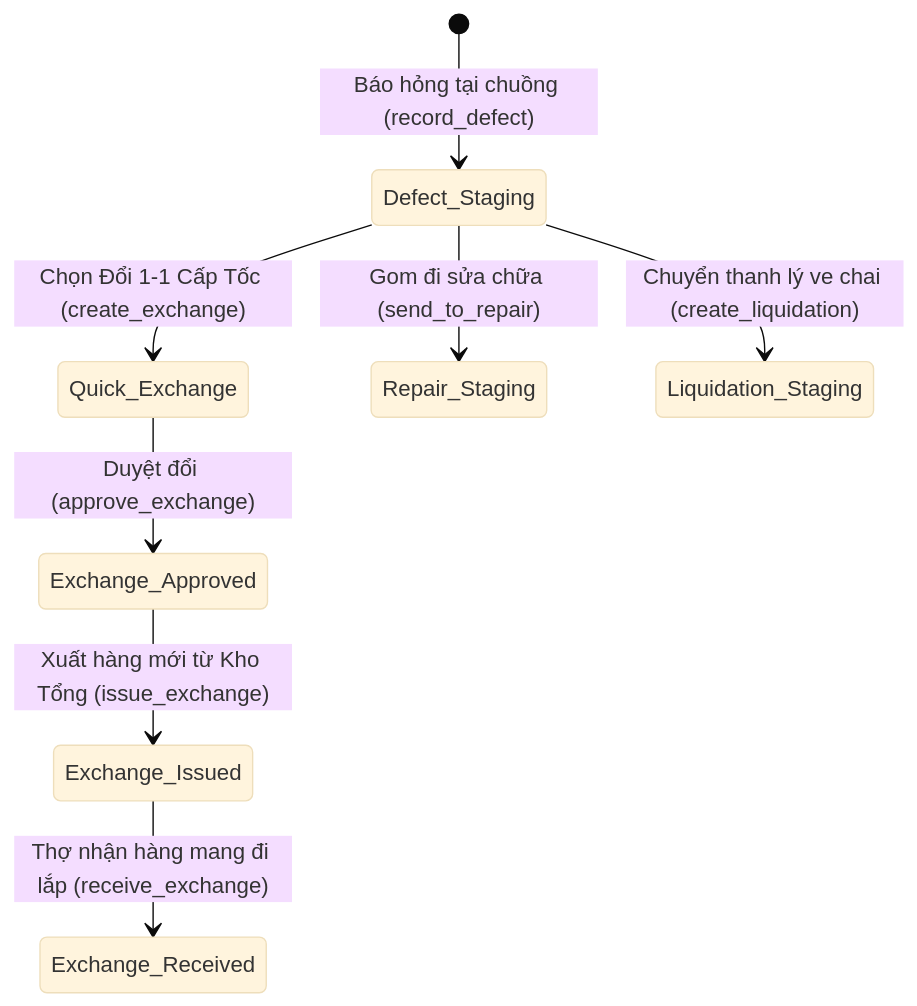
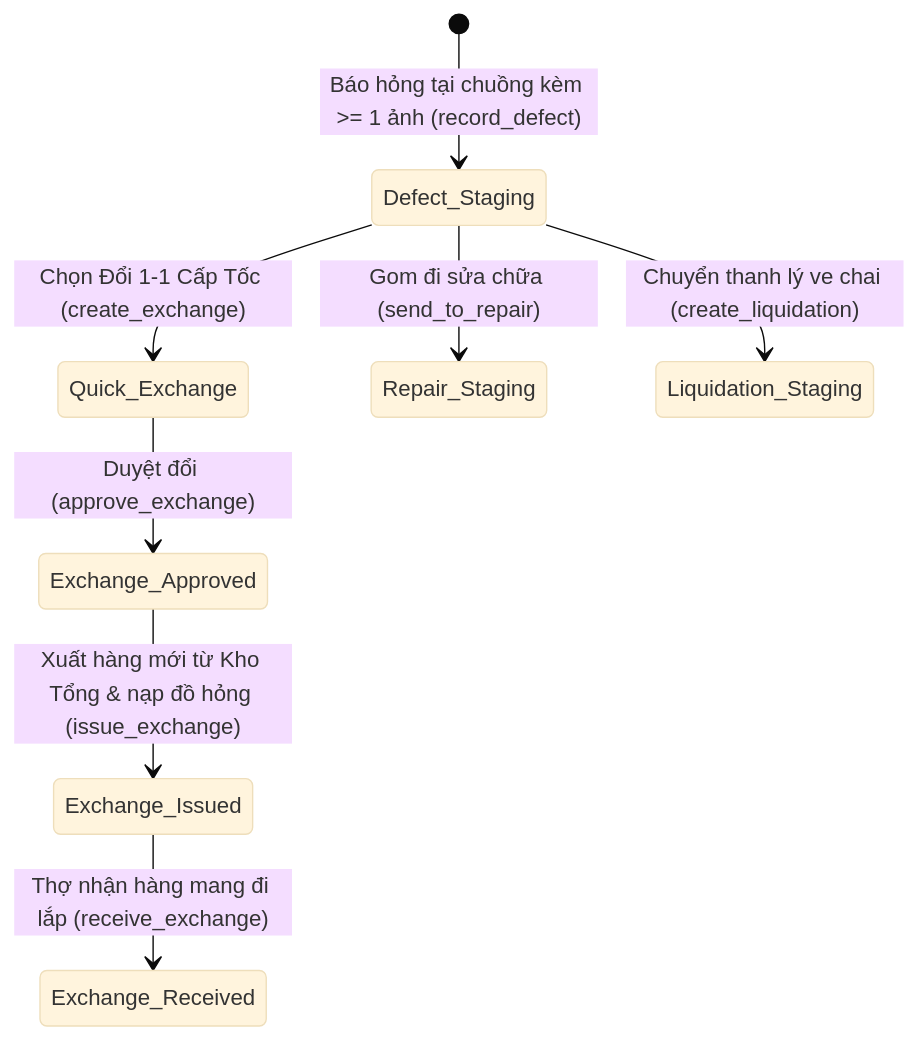
One commit to theiheu/minh-tan-phat-supply changed the fourth of 8 diagrams in docs/architecture/state-machines.md. Above: the diagram before and after it, drawn with Mermaid (base theme). The commit also changed other lines of this file and 244 other files, not shown here.

````diff
--- a/docs/architecture/state-machines.md
+++ b/docs/architecture/state-machines.md
@@ -75,10 +77,10 @@
 ```mermaid
 stateDiagram-v2
-    [*] --> Defect_Staging: Báo hỏng tại chuồng (record_defect)
+    [*] --> Defect_Staging: Báo hỏng tại chuồng kèm >= 1 ảnh (record_defect)
     Defect_Staging --> Quick_Exchange: Chọn Đổi 1-1 Cấp Tốc (create_exchange)
     Quick_Exchange --> Exchange_Approved: Duyệt đổi (approve_exchange)
-    Exchange_Approved --> Exchange_Issued: Xuất hàng mới từ Kho Tổng (issue_exchange)
+    Exchange_Approved --> Exchange_Issued: Xuất hàng mới từ Kho Tổng & nạp đồ hỏng (issue_exchange)
     Exchange_Issued --> Exchange_Received: Thợ nhận hàng mang đi lắp (receive_exchange)
     Defect_Staging --> Repair_Staging: Gom đi sửa chữa (send_to_repair)
     Defect_Staging --> Liquidation_Staging: Chuyển thanh lý ve chai (create_liquidation)
 ```
````
